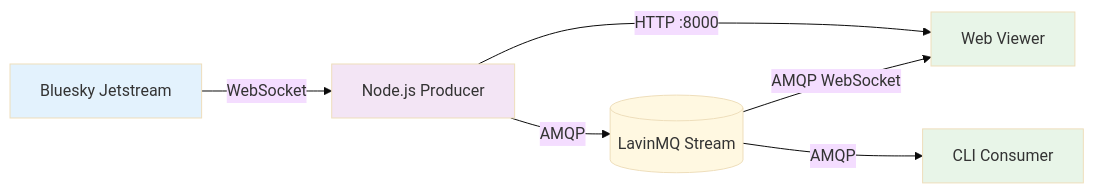
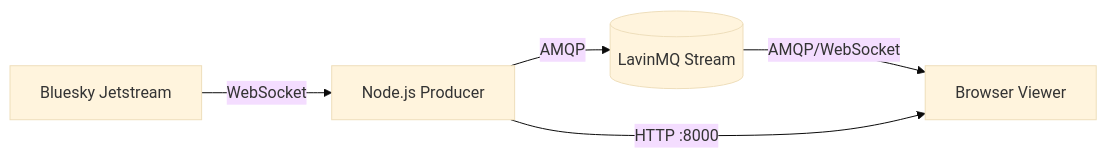
One commit to jage/bluesky-jetstream-to-lavinmq changed the diagram in README.md. Above: the diagram before and after it, drawn with Mermaid (base theme). The commit also changed other lines of this file and 4 other files, not shown here.

````diff
--- a/README.md
+++ b/README.md
@@ -10,19 +10,7 @@
 ```mermaid
 graph LR
     Bluesky[Bluesky Jetstream] -->|WebSocket| Producer[Node.js Producer]
     Producer -->|AMQP| LavinMQ[(LavinMQ Stream)]
-    LavinMQ -->|AMQP WebSocket| WebViewer[Web Viewer]
-    LavinMQ -->|AMQP| CLIConsumer[CLI Consumer]
-    Producer -->|HTTP :8000| WebViewer
-    
-    %% Styling
-    classDef external fill:#e3f2fd
-    classDef app fill:#f3e5f5
-    classDef storage fill:#fff8e1
-    classDef consumer fill:#e8f5e8
-    
-    class Bluesky external
-    class Producer app
-    class LavinMQ storage
-    class WebViewer,CLIConsumer consumer
+    LavinMQ -->|AMQP/WebSocket| Viewer[Browser Viewer]
+    Producer -->|HTTP :8000| Viewer
 ```
````
